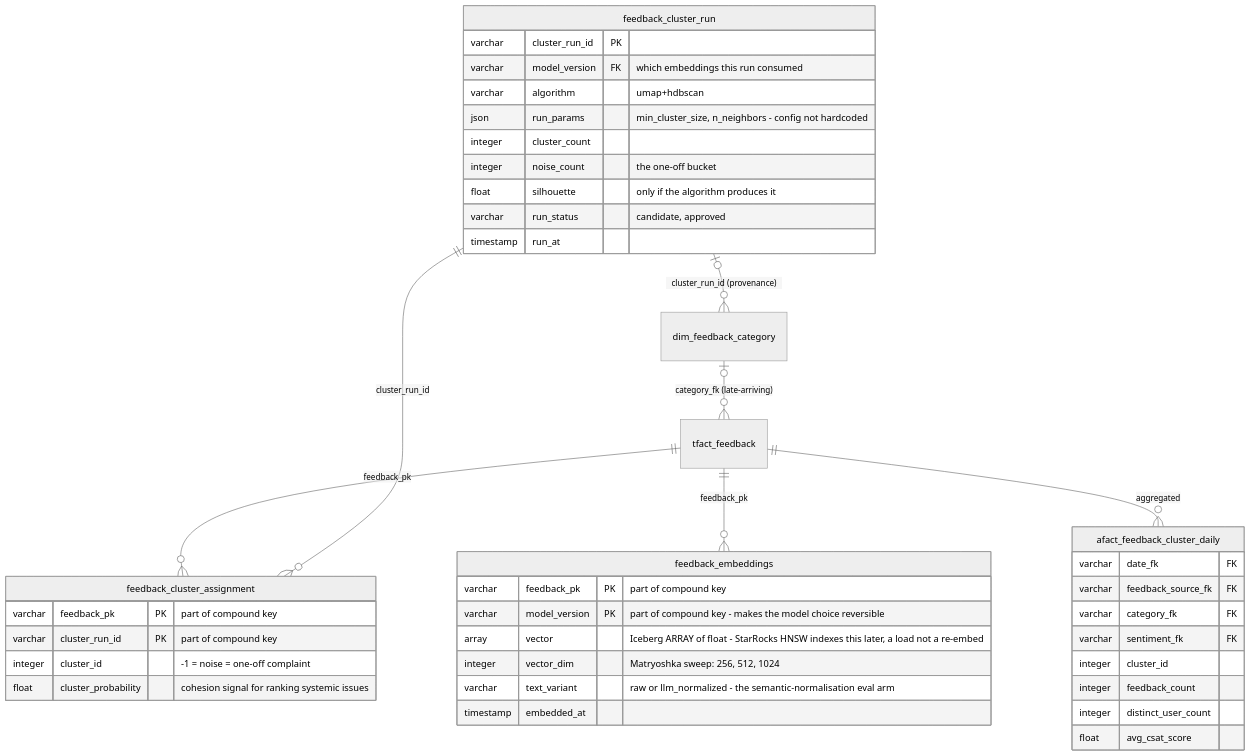
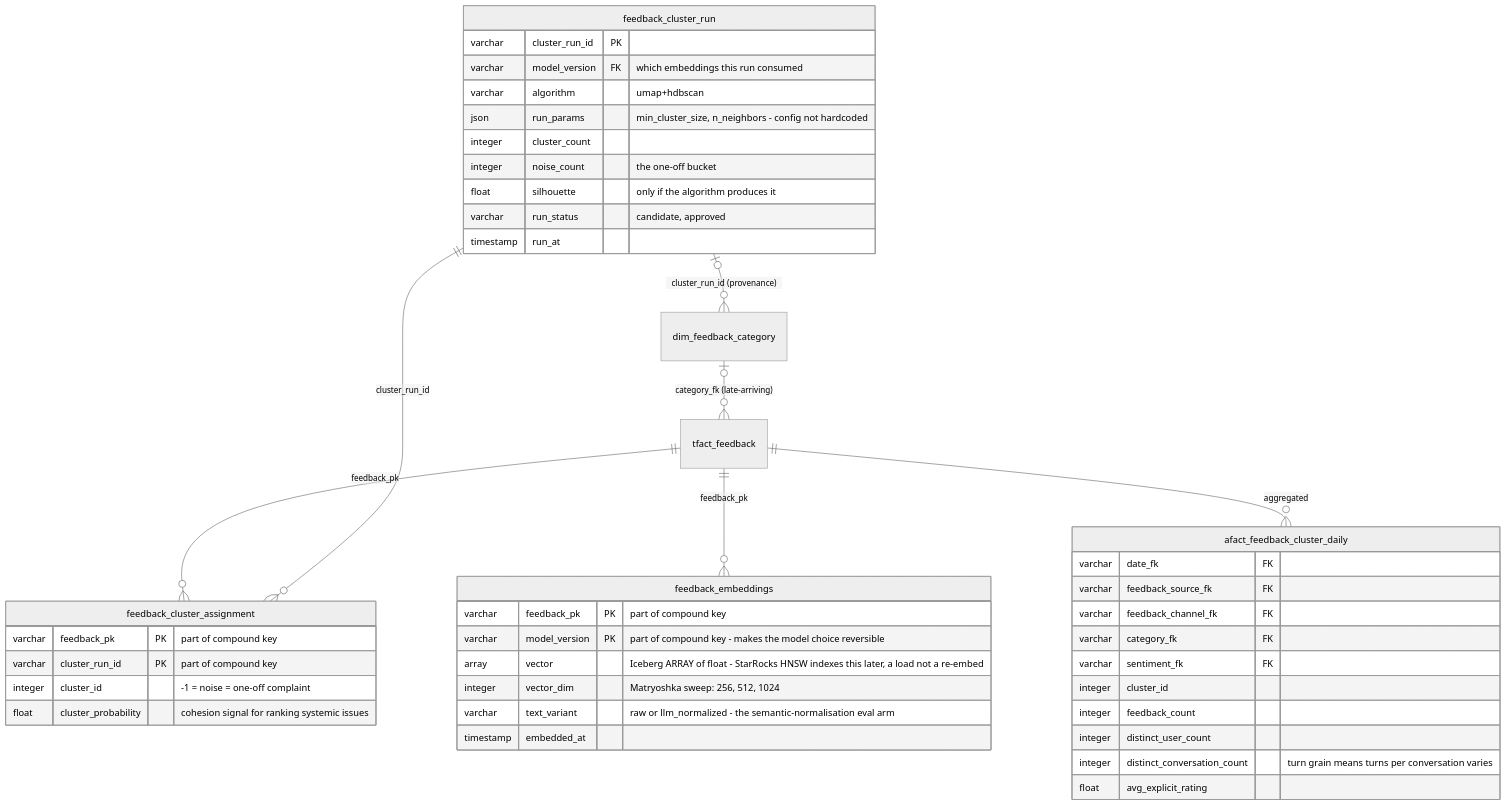
The fourth of 6 diagrams in docs/design/feedback_erd.md (mitodl/ol-data-platform), drawn with Mermaid (neutral theme) before and after one commit. The commit also changed other lines of this file and 7 other files, not shown here.

First line of the commit message:
docs(feedback): turn grain + ≥2-sources conformance rule (rev. 2)

````diff
--- a/docs/design/feedback_erd.md
+++ b/docs/design/feedback_erd.md
@@ -146,48 +290,50 @@
 ```mermaid
 erDiagram
     tfact_feedback              ||--o{ feedback_embeddings : "feedback_pk"
     tfact_feedback              ||--o{ feedback_cluster_assignment : "feedback_pk"
     feedback_cluster_run        ||--o{ feedback_cluster_assignment : "cluster_run_id"
     feedback_cluster_run        |o--o{ dim_feedback_category : "cluster_run_id (provenance)"
     dim_feedback_category       |o--o{ tfact_feedback : "category_fk (late-arriving)"
     tfact_feedback              ||--o{ afact_feedback_cluster_daily : "aggregated"
 
     feedback_embeddings {
         varchar feedback_pk PK "part of compound key"
         varchar model_version PK "part of compound key - makes the model choice reversible"
         array vector "Iceberg ARRAY of float - StarRocks HNSW indexes this later, a load not a re-embed"
         integer vector_dim "Matryoshka sweep: 256, 512, 1024"
         varchar text_variant "raw or llm_normalized - the semantic-normalisation eval arm"
         timestamp embedded_at
     }
 
     feedback_cluster_run {
         varchar cluster_run_id PK
         varchar model_version FK "which embeddings this run consumed"
         varchar algorithm "umap+hdbscan"
         json run_params "min_cluster_size, n_neighbors - config not hardcoded"
         integer cluster_count
         integer noise_count "the one-off bucket"
         float silhouette "only if the algorithm produces it"
         varchar run_status "candidate, approved"
         timestamp run_at
     }
 
     feedback_cluster_assignment {
         varchar feedback_pk PK "part of compound key"
         varchar cluster_run_id PK "part of compound key"
         integer cluster_id "-1 = noise = one-off complaint"
         float cluster_probability "cohesion signal for ranking systemic issues"
     }
 
     afact_feedback_cluster_daily {
         varchar date_fk FK
         varchar feedback_source_fk FK
+        varchar feedback_channel_fk FK
         varchar category_fk FK
         varchar sentiment_fk FK
         integer cluster_id
         integer feedback_count
         integer distinct_user_count
-        float avg_csat_score
+        integer distinct_conversation_count "turn grain means turns per conversation varies"
+        float avg_explicit_rating
     }
 ```
````
